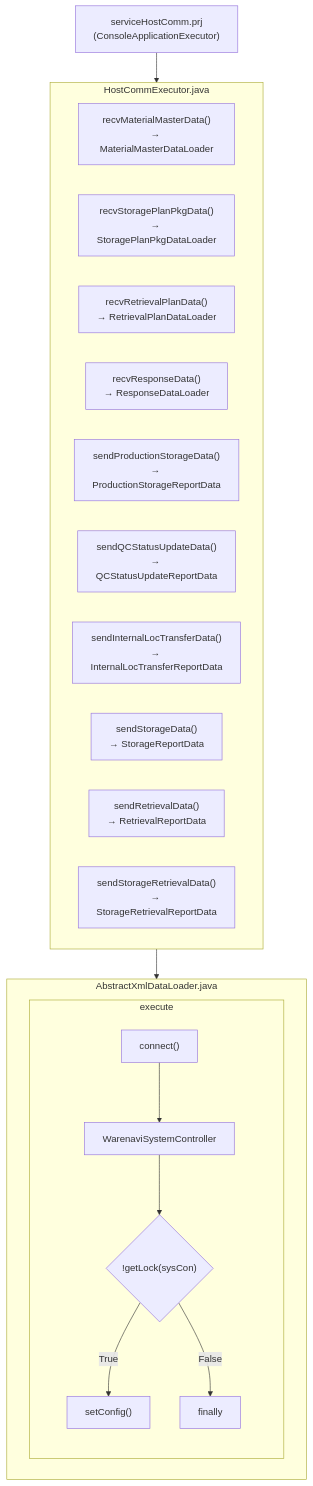
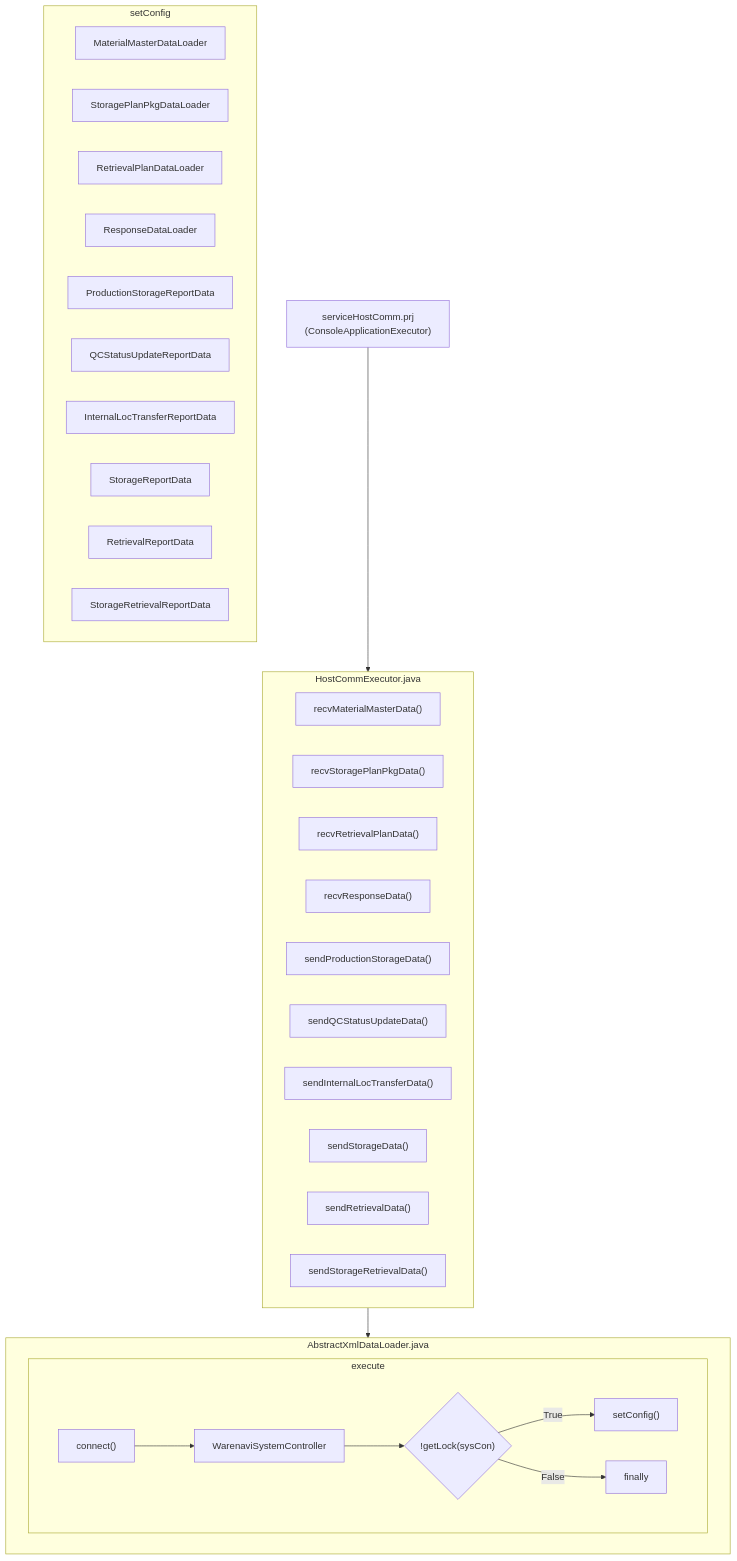
Before and after one commit to luthfiadityaa/SimeDarby-Wiki: the diagram in Basic-Design/Host-Interfaces.md, drawn with Mermaid.

Commit message:
Updated Host Interfaces

```diff
--- a/Basic-Design/Host-Interfaces.md
+++ b/Basic-Design/Host-Interfaces.md
@@ -30,43 +30,52 @@
 ::: mermaid
 flowchart TD
  C1["serviceHostComm.prj<br>(ConsoleApplicationExecutor)"]           
  C1 --> HostCommExecutor.java
  AbstractXmlDataLoader.java
  HostCommExecutor.java --> AbstractXmlDataLoader.java
 
 subgraph HostCommExecutor.java
- C2["recvMaterialMasterData()<br>→ MaterialMasterDataLoader"]
- C3["recvStoragePlanPkgData()<br>→ StoragePlanPkgDataLoader"]
- C4["recvRetrievalPlanData()<br>→ RetrievalPlanDataLoader"]
- C5["recvResponseData()<br>→ ResponseDataLoader"]
- C6["sendProductionStorageData()<br>→ ProductionStorageReportData"]
- C7["sendQCStatusUpdateData()<br>→ QCStatusUpdateReportData"]
- C8["sendInternalLocTransferData()<br>→ InternalLocTransferReportData"]
- C9["sendStorageData()<br>→ StorageReportData"]
- C10["sendRetrievalData()<br>→ RetrievalReportData"]
- C11["sendStorageRetrievalData()<br>→ StorageRetrievalReportData"]
+ C2["recvMaterialMasterData()"]
+ C3["recvStoragePlanPkgData()"]
+ C4["recvRetrievalPlanData()"]
+ C5["recvResponseData()"]
+ C6["sendProductionStorageData()"]
+ C7["sendQCStatusUpdateData()"]
+ C8["sendInternalLocTransferData()"]
+ C9["sendStorageData()"]
+ C10["sendRetrievalData()"]
+ C11["sendStorageRetrievalData()"]
 end
 
 subgraph AbstractXmlDataLoader.java
  execute        
 end
 
 subgraph execute
  C13["connect()"]
  C14["WarenaviSystemController"]
  
  Cond1{"!getLock(sysCon)"} 
 
  C15["finally"]
  C16["setConfig()"] 
 
  C13 --> C14 --> Cond1
  Cond1 --> |True| C16
  Cond1 --> |False| C15   
 end
 
-subgraph AbstractXmlDataLoader.java
- execute        
+subgraph setConfig
+ C21["MaterialMasterDataLoader"]
+ C22["StoragePlanPkgDataLoader"]
+ C23["RetrievalPlanDataLoader"]
+ C24["ResponseDataLoader"]
+ C25["ProductionStorageReportData"]
+ C26["QCStatusUpdateReportData"]
+ C27["InternalLocTransferReportData"]
+ C28["StorageReportData"]
+ C29["RetrievalReportData"]
+ C30["StorageRetrievalReportData"]        
 end
 
 :::
```
